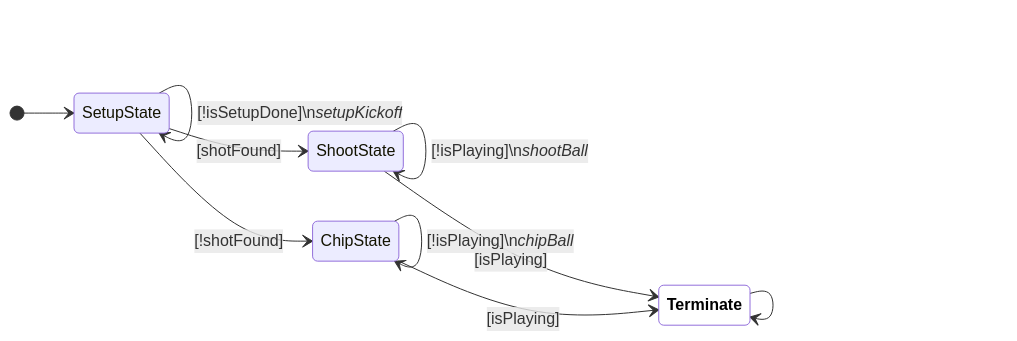
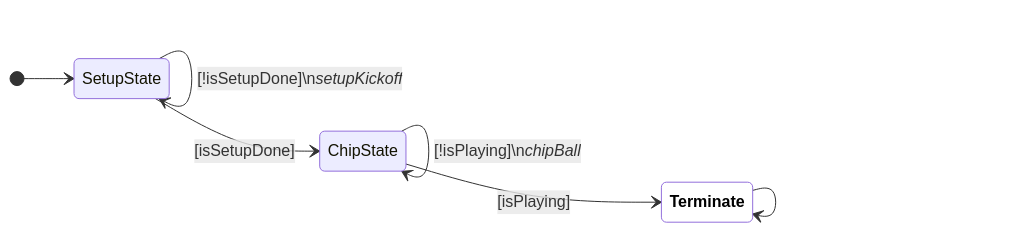
Diagram 11 of 30 in docs/fsm-diagrams.md (UBC-Thunderbots/Software), drawn with Mermaid before and after one commit.

````diff
--- a/docs/fsm-diagrams.md
+++ b/docs/fsm-diagrams.md
@@ -176,16 +176,13 @@
 ```mermaid
 
 stateDiagram-v2
 classDef terminate fill:white,color:black,font-weight:bold
 direction LR
 [*] --> SetupState
 SetupState --> SetupState : [!isSetupDone]\n<i>setupKickoff</i>
-SetupState --> ShootState : [shotFound]
-ShootState --> ShootState : [!isPlaying]\n<i>shootBall</i>
-ShootState --> Terminate:::terminate : [isPlaying]
-SetupState --> ChipState : [!shotFound]
+SetupState --> ChipState : [isSetupDone]
 ChipState --> ChipState : [!isPlaying]\n<i>chipBall</i>
 ChipState --> Terminate:::terminate : [isPlaying]
 Terminate:::terminate --> Terminate:::terminate
 
 ```
````
